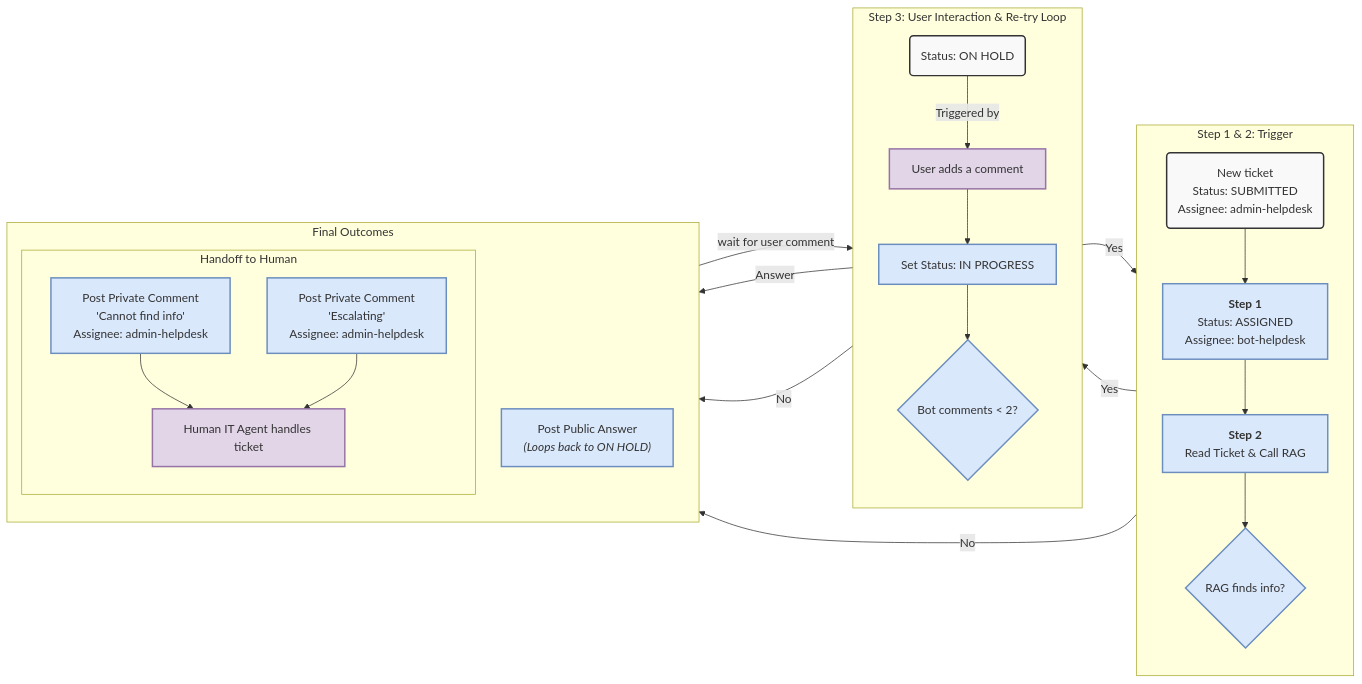
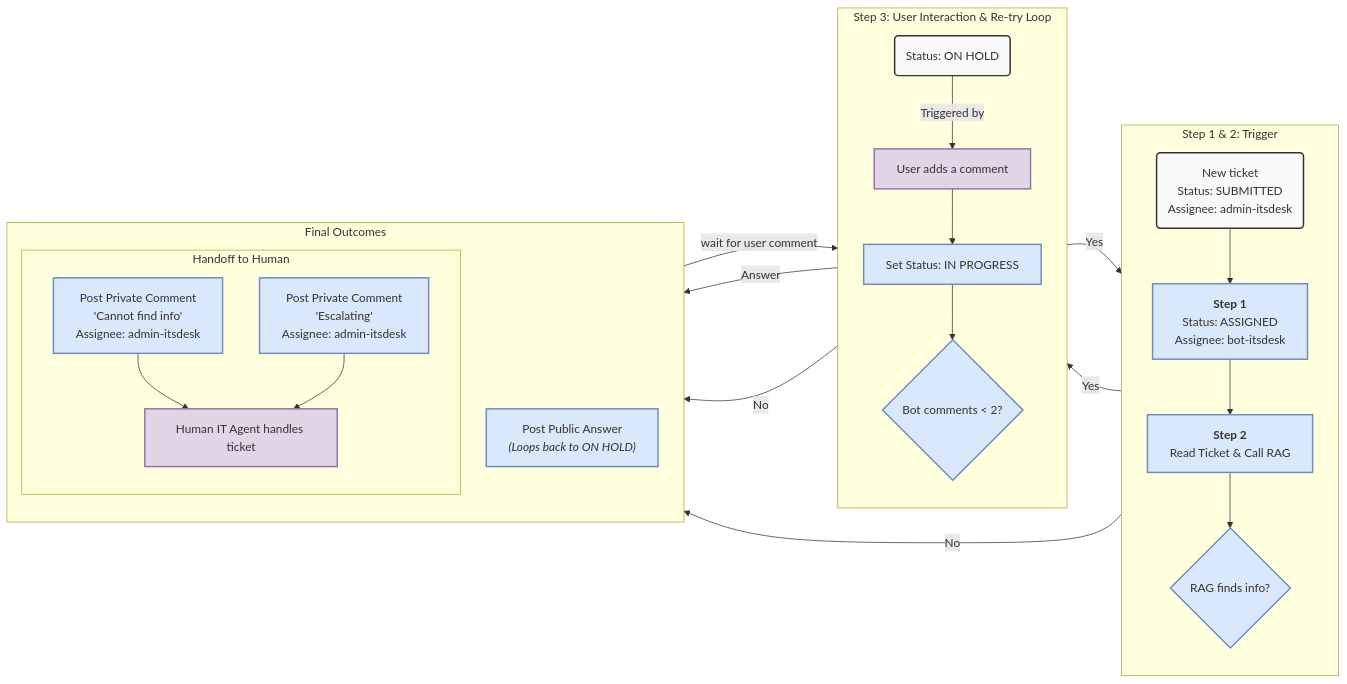
Before and after one commit to thuonglbl/IT-agent: the diagram in README.md, drawn with Mermaid. The commit also changed other lines of this file and 40 other files, not shown here.

````diff
--- a/README.md
+++ b/README.md
@@ -25,58 +25,58 @@
 ```mermaid
 graph LR
     classDef jiraAction fill:#f9f9f9,stroke:#333,stroke-width:2px
     classDef botAction fill:#dae8fc,stroke:#6c8ebf,stroke-width:2px
     classDef humanAction fill:#e1d5e7,stroke:#9673a6,stroke-width:2px
 
     subgraph "Step 1 & 2: Trigger"
         direction TB
-        A(New ticket<br>Status: SUBMITTED<br>Assignee: admin-helpdesk)
-        B["<b>Step 1</b><br>Status: ASSIGNED<br>Assignee: bot-helpdesk"]
+        A(New ticket<br>Status: SUBMITTED<br>Assignee: admin-itsdesk)
+        B["<b>Step 1</b><br>Status: ASSIGNED<br>Assignee: bot-itsdesk"]
         C["<b>Step 2</b><br>Read Ticket & Call RAG"]
         D{RAG finds info?}
     end
 
     subgraph "Step 3: User Interaction & Re-try Loop"
         direction TB
         G(Status: ON HOLD)
         H["User adds a comment"]
         I["Set Status: IN PROGRESS"]
         J{Bot comments < 2?}
     end
 
     subgraph "Final Outcomes"
         direction TB
         M["Post Public Answer<br><i>(Loops back to ON HOLD)</i>"]
         
         subgraph "Handoff to Human"
-            F["Post Private Comment<br>'Cannot find info'<br>Assignee: admin-helpdesk"]
-            O["Post Private Comment<br>'Escalating'<br>Assignee: admin-helpdesk"]
+            F["Post Private Comment<br>'Cannot find info'<br>Assignee: admin-itsdesk"]
+            O["Post Private Comment<br>'Escalating'<br>Assignee: admin-itsdesk"]
             P["Human IT Agent handles ticket"]
         end
     end
     
     %% --- Define Flows between Stages ---
     A --> B --> C --> D;
     
     %% Triage Outcomes
     D -- Yes --> G;
     D -- No --> F;
     
     %% Interaction Loop
     G -- Answer --> M;
     G -- Triggered by --> H --> I --> J;
     J -- Yes --> C;
         
     %% Escalation
     J -- No --> O;
     
     %% Loop & Handoffs
     M -- wait for user comment --> G;
     F --> P;
     O --> P;
 
     %% --- Apply Styling ---
     class A,G jiraAction
     class B,C,D,I,J,M,F,O botAction
     class H,P humanAction
 ```
````
